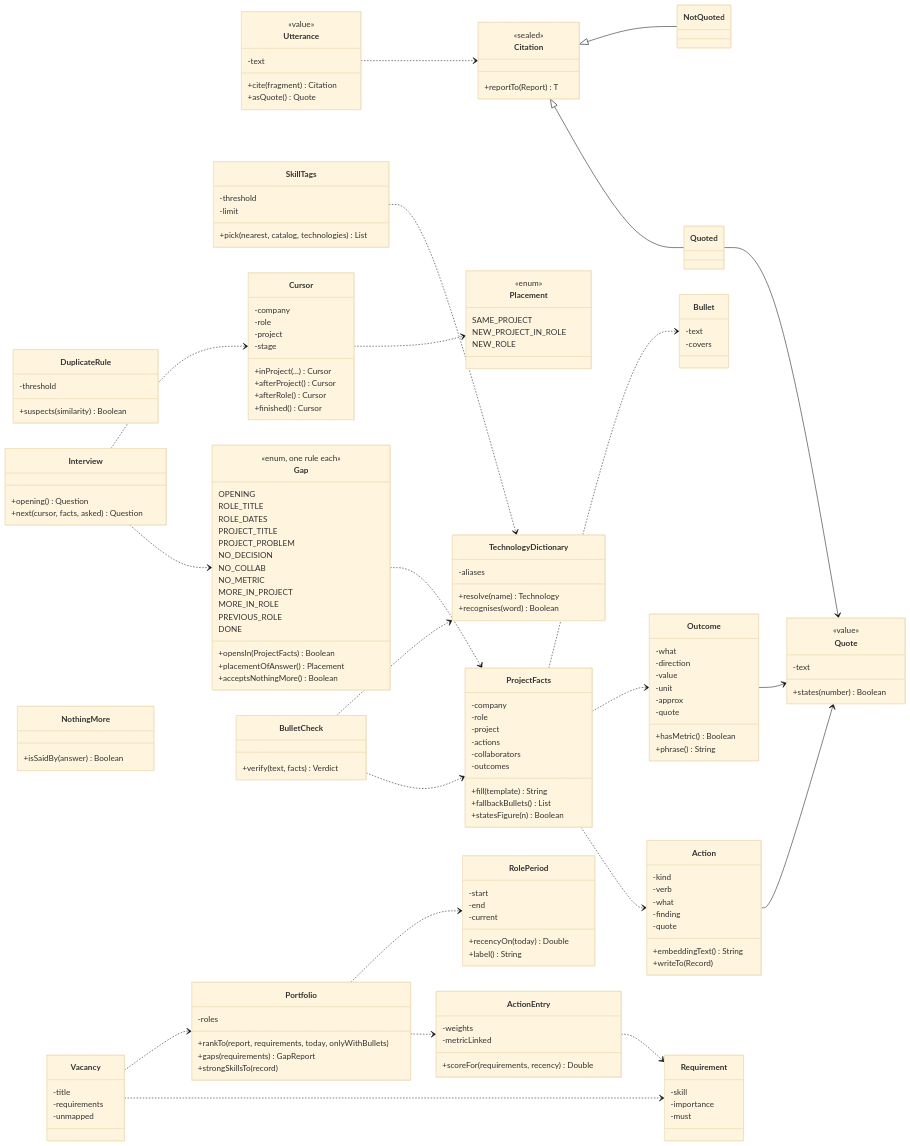
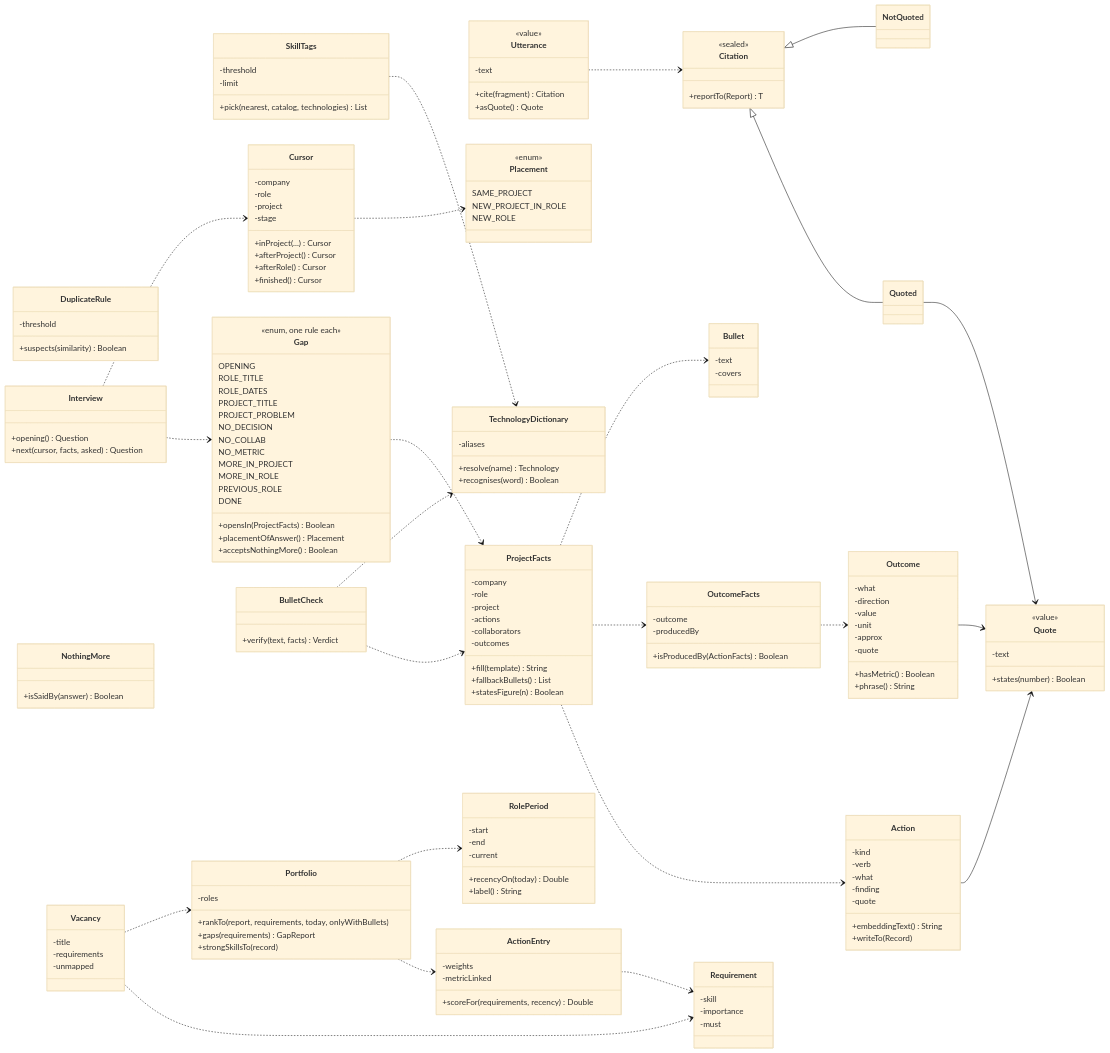
Before and after one commit to yuriisurzhykov/Tallyvane: the fourth of 6 diagrams in docs/adr/ADR-101-knowledge-core-proof-of-concept.md, drawn with Mermaid (base theme). The commit also changed other lines of this file and 8 other files, not shown here.

```diff
--- a/docs/adr/ADR-101-knowledge-core-proof-of-concept.md
+++ b/docs/adr/ADR-101-knowledge-core-proof-of-concept.md
@@ -274,6 +274,11 @@
     class NothingMore {
         +isSaidBy(answer) Boolean
     }
+    class OutcomeFacts {
+        -outcome
+        -producedBy
+        +isProducedBy(ActionFacts) Boolean
+    }
     class ProjectFacts {
         -company
         -role
@@ -333,7 +338,8 @@
     Interview ..> Cursor
     Cursor ..> Placement
     ProjectFacts ..> Action
-    ProjectFacts ..> Outcome
+    ProjectFacts ..> OutcomeFacts
+    OutcomeFacts ..> Outcome
     ProjectFacts ..> Bullet
     BulletCheck ..> ProjectFacts
     BulletCheck ..> TechnologyDictionary
```
